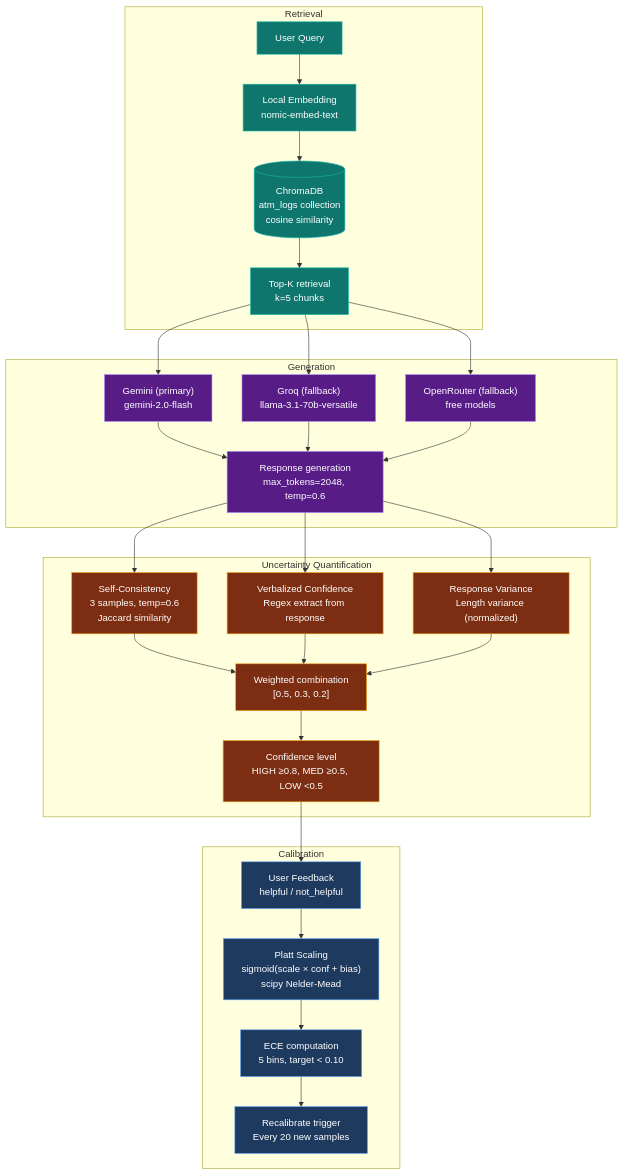
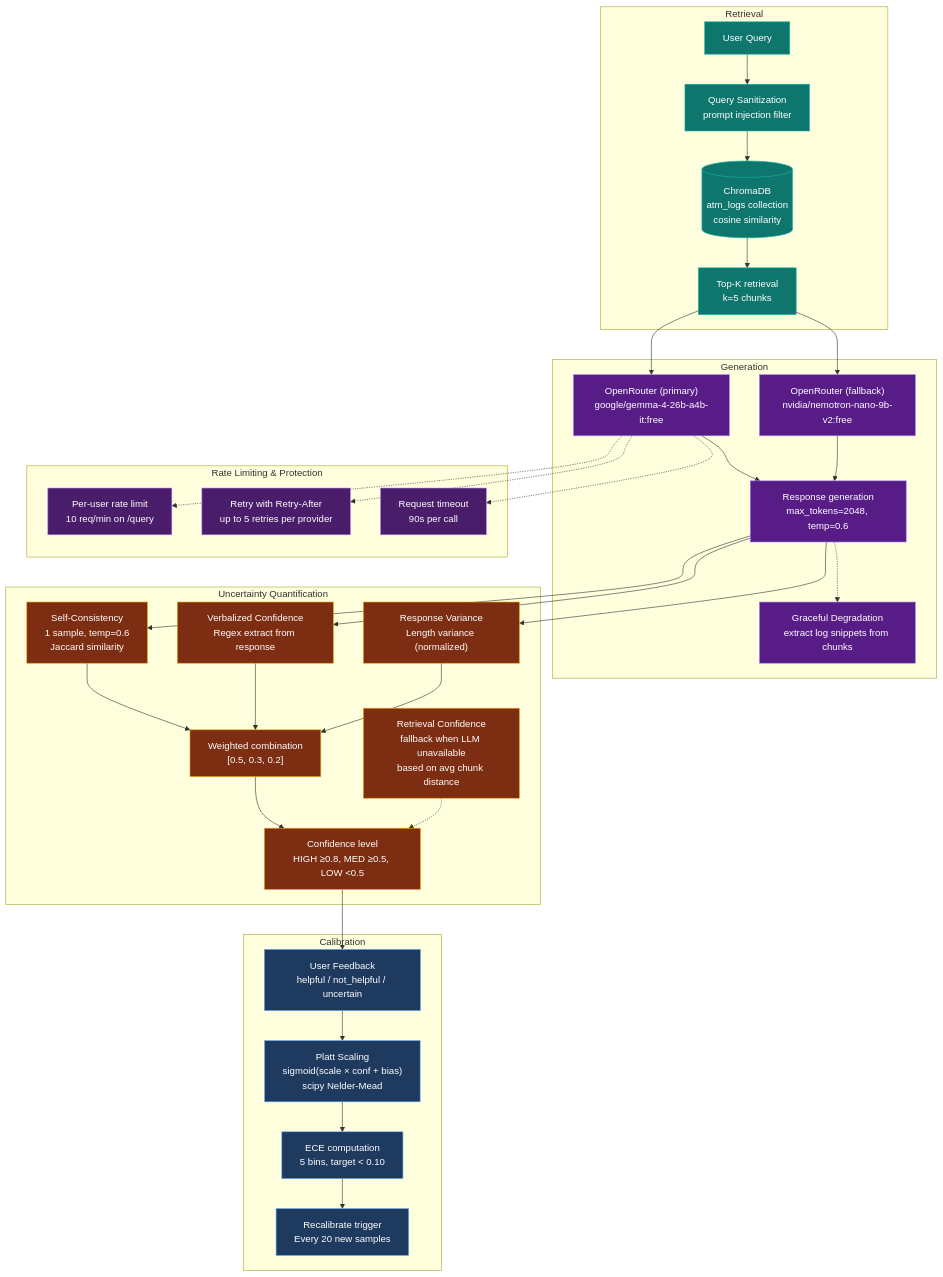
The eighth of 9 diagrams in README.md (AhmedIkram05/laad), drawn with Mermaid before and after one commit. The commit also changed other lines of this file, not shown here.

Commit message:
fix: Update RAG diagnostic assistant documentation with new model providers, rate limiting, and graceful degradation features

````diff
--- a/README.md
+++ b/README.md
@@ -917,53 +917,66 @@
 ```mermaid
 flowchart TD
   subgraph Retrieval ["Retrieval"]
     Q["User Query"]
-    EMB["Local Embedding\nnomic-embed-text"]
+    SAN["Query Sanitization\nprompt injection filter"]
     CDB[("ChromaDB\natm_logs collection\ncosine similarity")]
     TOPK["Top-K retrieval\nk=5 chunks"]
   end
 
   subgraph Generation ["Generation"]
-    GEM["Gemini (primary)\ngemini-2.0-flash"]
-    GROQ["Groq (fallback)\nllama-3.1-70b-versatile"]
-    OPENR["OpenRouter (fallback)\nfree models"]
+    OPENR["OpenRouter (primary)\ngoogle/gemma-4-26b-a4b-it:free"]
+    FALLBACK["OpenRouter (fallback)\nnvidia/nemotron-nano-9b-v2:free"]
+    GRACEFUL["Graceful Degradation\nextract log snippets from chunks"]
     GEN["Response generation\nmax_tokens=2048, temp=0.6"]
   end
 
   subgraph Uncertainty ["Uncertainty Quantification"]
-    SC["Self-Consistency\n3 samples, temp=0.6\nJaccard similarity"]
+    SC["Self-Consistency\n1 sample, temp=0.6\nJaccard similarity"]
     VC["Verbalized Confidence\nRegex extract from response"]
     RV["Response Variance\nLength variance (normalized)"]
+    RC["Retrieval Confidence\nfallback when LLM unavailable\nbased on avg chunk distance"]
     WEIGHT["Weighted combination\n[0.5, 0.3, 0.2]"]
     LEVEL["Confidence level\nHIGH ≥0.8, MED ≥0.5, LOW <0.5"]
   end
 
   subgraph Calibration ["Calibration"]
-    FB["User Feedback\nhelpful / not_helpful"]
+    FB["User Feedback\nhelpful / not_helpful / uncertain"]
     PLATT["Platt Scaling\nsigmoid(scale × conf + bias)\nscipy Nelder-Mead"]
     ECE["ECE computation\n5 bins, target < 0.10"]
     RECAL["Recalibrate trigger\nEvery 20 new samples"]
   end
 
-  Q --> EMB --> CDB --> TOPK
-  TOPK --> GEM
-  TOPK --> GROQ
+  subgraph Protection ["Rate Limiting & Protection"]
+    RL["Per-user rate limit\n10 req/min on /query"]
+    RETRY["Retry with Retry-After\nup to 5 retries per provider"]
+    TIMEOUT["Request timeout\n90s per call"]
+  end
+
+  Q --> SAN --> CDB --> TOPK
   TOPK --> OPENR
-  GEM & GROQ & OPENR --> GEN
+  TOPK --> FALLBACK
+  OPENR & FALLBACK --> GEN
   GEN --> SC
   GEN --> VC
   GEN --> RV
   SC & VC & RV --> WEIGHT --> LEVEL
   LEVEL --> FB
   FB --> PLATT --> ECE --> RECAL
+  OPENR -.-> RL
+  OPENR -.-> RETRY
+  OPENR -.-> TIMEOUT
+  GEN -.-> GRACEFUL
+  RC -.-> LEVEL
 
   classDef retrieval fill:#0f766e,stroke:#14b8a6,color:#ffffff;
   classDef gen fill:#581c87,stroke:#a78bfa,color:#ffffff;
   classDef unc fill:#7c2d12,stroke:#f59e0b,color:#ffffff;
   classDef cal fill:#1e3a5f,stroke:#60a5fa,color:#ffffff;
+  classDef prot fill:#4a1d6a,stroke:#c084fc,color:#ffffff;
 
-  class Q,EMB,CDB,TOPK retrieval;
-  class GEM,GROQ,OPENR,GEN gen;
-  class SC,VC,RV,WEIGHT,LEVEL unc;
+  class Q,SAN,CDB,TOPK retrieval;
+  class OPENR,FALLBACK,GRACEFUL,GEN gen;
+  class SC,VC,RV,RC,WEIGHT,LEVEL unc;
   class FB,PLATT,ECE,RECAL cal;
+  class RL,RETRY,TIMEOUT prot;
 ```
````
